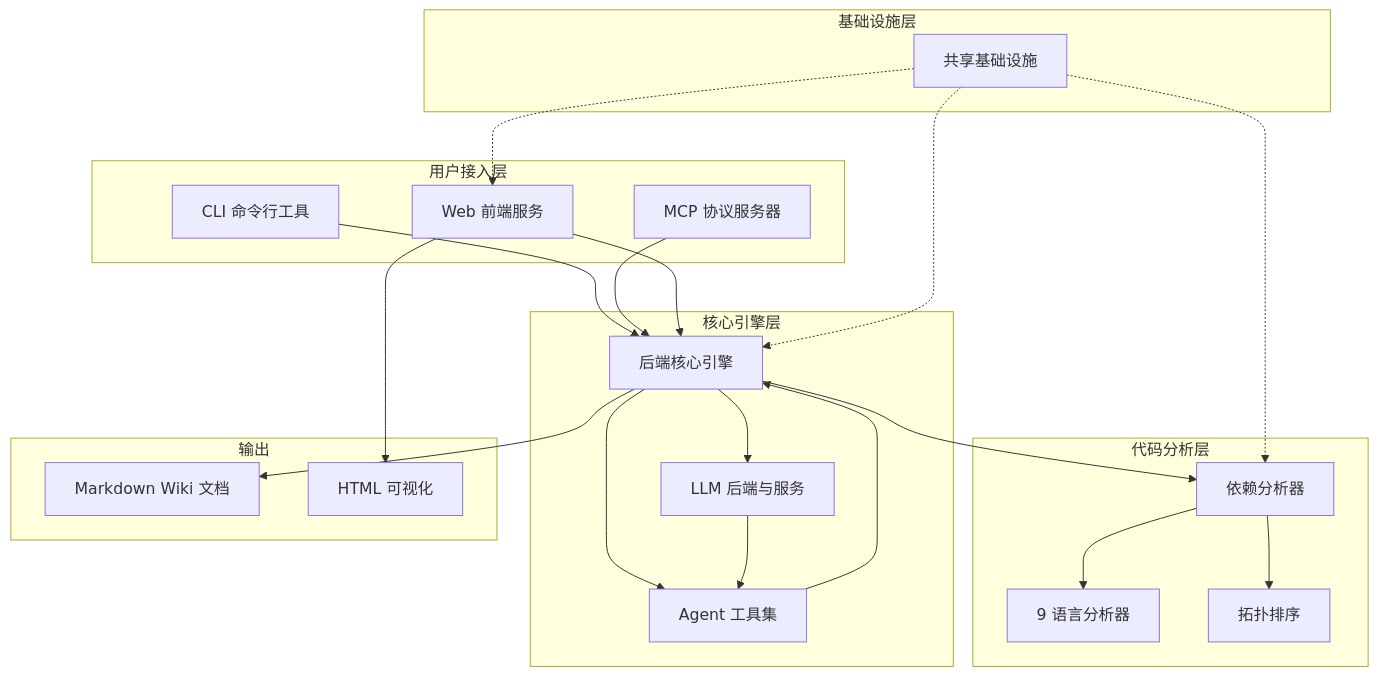
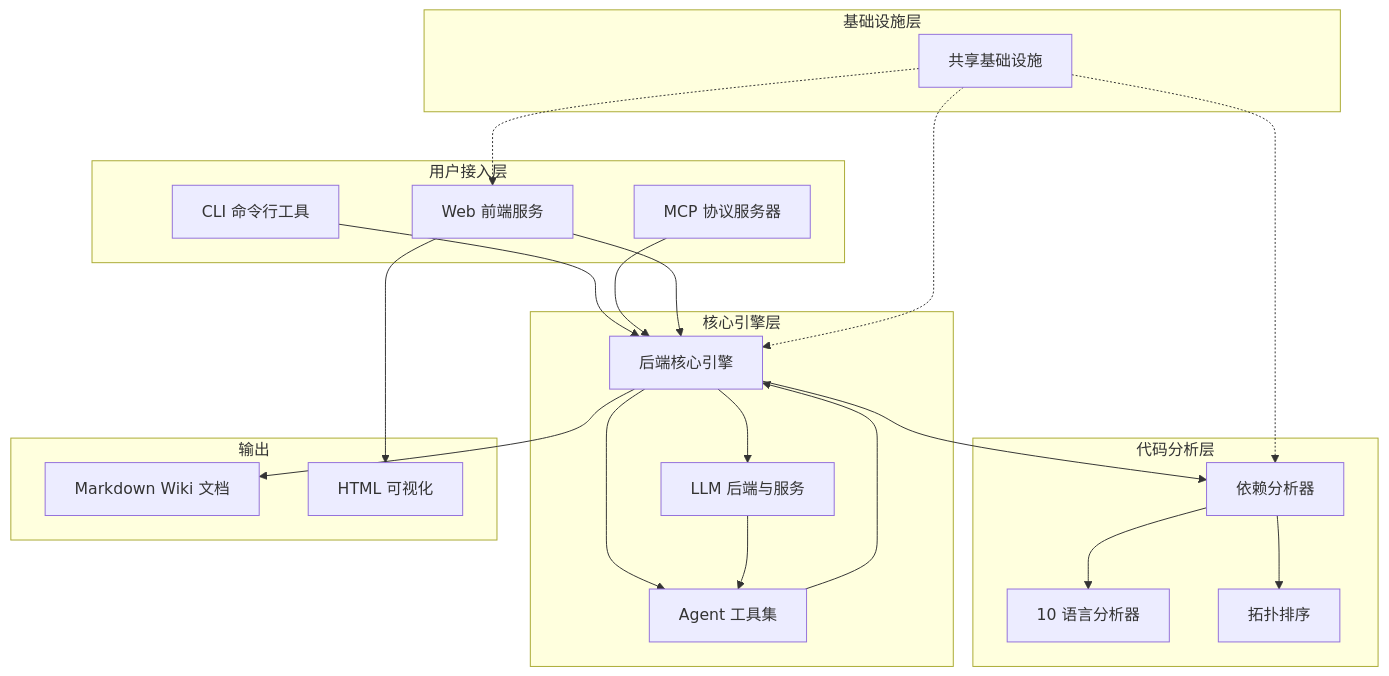
The first of 2 diagrams in repowiki/overview.md (mambo-wang/CodeWiki-CN), drawn with Mermaid before and after one commit. The commit also changed other lines of this file and 32 other files, not shown here.

````diff
--- a/repowiki/overview.md
+++ b/repowiki/overview.md
@@ -11,45 +11,45 @@
 ```mermaid
 graph TD
     subgraph UserLayer["用户接入层"]
         CLI["CLI 命令行工具"]
         MCP["MCP 协议服务器"]
         Web["Web 前端服务"]
     end
 
     subgraph CoreLayer["核心引擎层"]
         Engine["后端核心引擎"]
         LLM["LLM 后端与服务"]
         Agent["Agent 工具集"]
     end
 
     subgraph AnalysisLayer["代码分析层"]
         Analyzer["依赖分析器"]
-        LangParsers["9 语言分析器"]
+        LangParsers["10 语言分析器"]
         TopoSort["拓扑排序"]
     end
 
     subgraph InfraLayer["基础设施层"]
         Shared["共享基础设施"]
     end
 
     subgraph Output["输出"]
         Markdown["Markdown Wiki 文档"]
         HTML["HTML 可视化"]
     end
 
     CLI --> Engine
     MCP --> Engine
     Web --> Engine
     Engine --> LLM
     Engine --> Agent
     Engine --> Analyzer
     Analyzer --> LangParsers
     Analyzer --> TopoSort
     LLM --> Agent
     Agent --> Engine
     Engine --> Markdown
     Web --> HTML
     Shared -.-> Engine
     Shared -.-> Analyzer
     Shared -.-> Web
 ```
````
